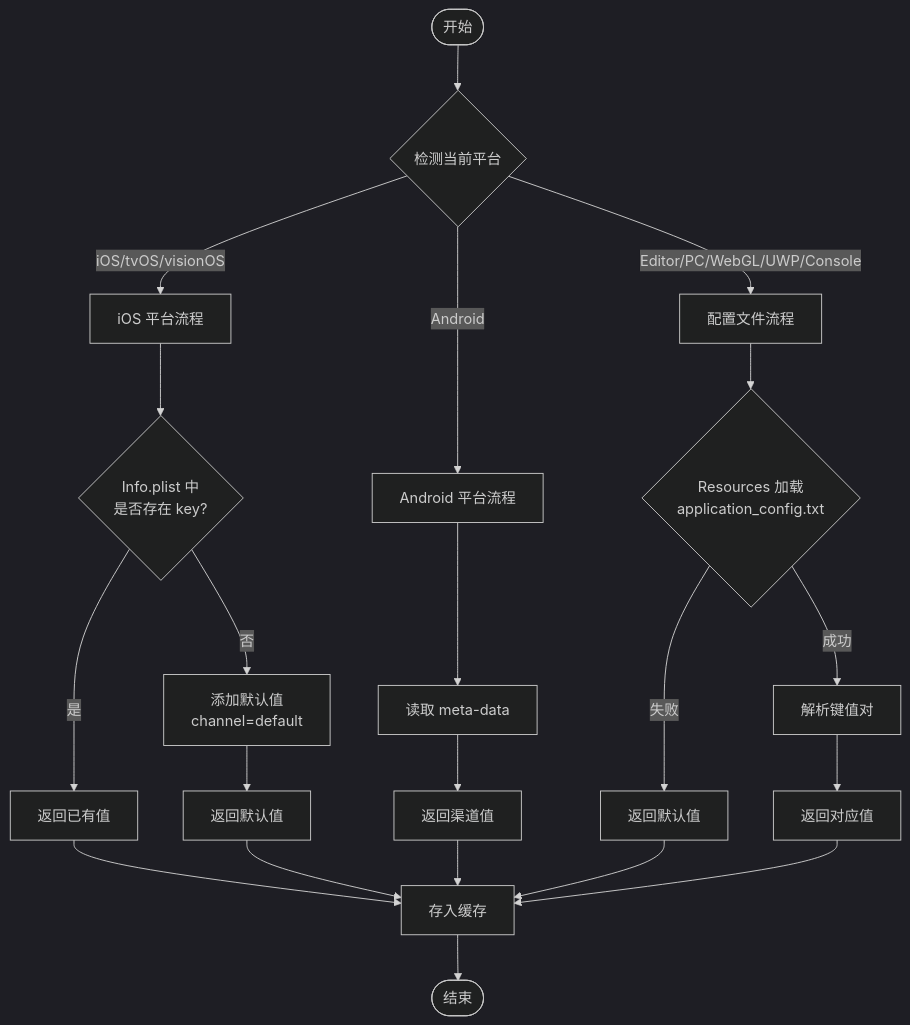
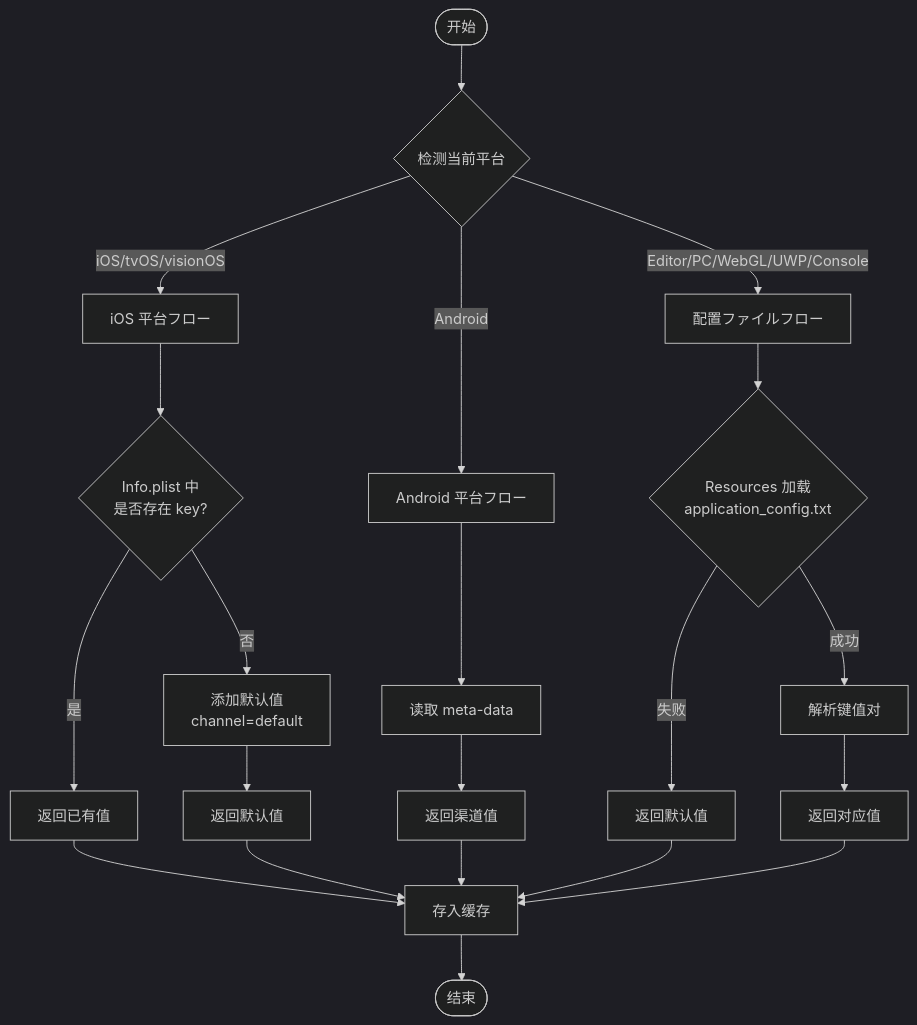
The second of 3 diagrams in docs/ja/client/unity/component/getchannel/04.platform-configuration.md (AlianBlank/GameFrameX.Docs), drawn with Mermaid (dark theme) before and after one commit. The commit also changed other lines of this file and 603 other files, not shown here.

````diff
--- a/docs/ja/client/unity/component/getchannel/04.platform-configuration.md
+++ b/docs/ja/client/unity/component/getchannel/04.platform-configuration.md
@@ -237,29 +237,29 @@
 ```mermaid
 flowchart TD
     Start([开始]) --> CheckPlatform{检测当前平台}
     
-    CheckPlatform -->|iOS/tvOS/visionOS| iOSFlow[iOS 平台流程]
-    CheckPlatform -->|Android| AndroidFlow[Android 平台流程]
-    CheckPlatform -->|Editor/PC/WebGL/UWP/Console| ConfigFlow[配置文件流程]
+    CheckPlatform -->|iOS/tvOS/visionOS| iOSFlow[iOS 平台フロー]
+    CheckPlatform -->|Android| AndroidFlow[Android 平台フロー]
+    CheckPlatform -->|Editor/PC/WebGL/UWP/Console| ConfigFlow[配置ファイルフロー]
     
     iOSFlow --> CheckPlist{Info.plist 中<br/>是否存在 key?}
     CheckPlist -->|是| ReturnExist[返回已有值]
     CheckPlist -->|否| AddDefault[添加默认值<br/>channel=default]
     AddDefault --> ReturnDefault[返回默认值]
     
     AndroidFlow --> ReadMeta[读取 meta-data]
     ReadMeta --> ReturnMeta[返回渠道值]
     
     ConfigFlow --> LoadFile{Resources 加载<br/>application_config.txt}
     LoadFile -->|成功| ParseFile[解析键值对]
     LoadFile -->|失败| ReturnDefault2[返回默认值]
     ParseFile --> ReturnParsed[返回对应值]
     
     ReturnExist --> Cache[存入缓存]
     ReturnDefault --> Cache
     ReturnMeta --> Cache
     ReturnDefault2 --> Cache
     ReturnParsed --> Cache
     
     Cache --> End([结束])
 ```
````
